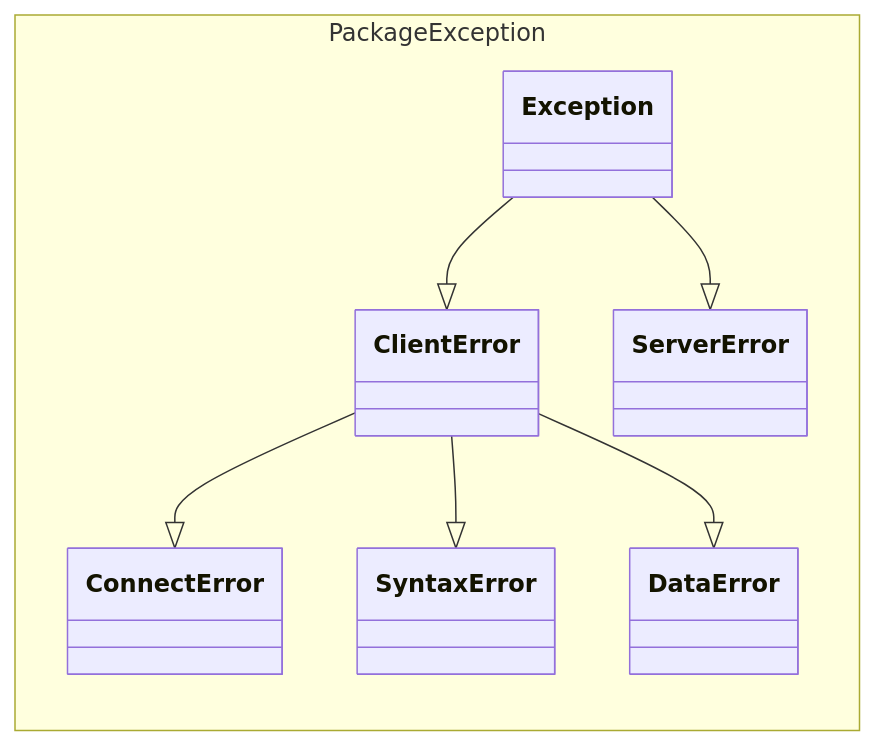
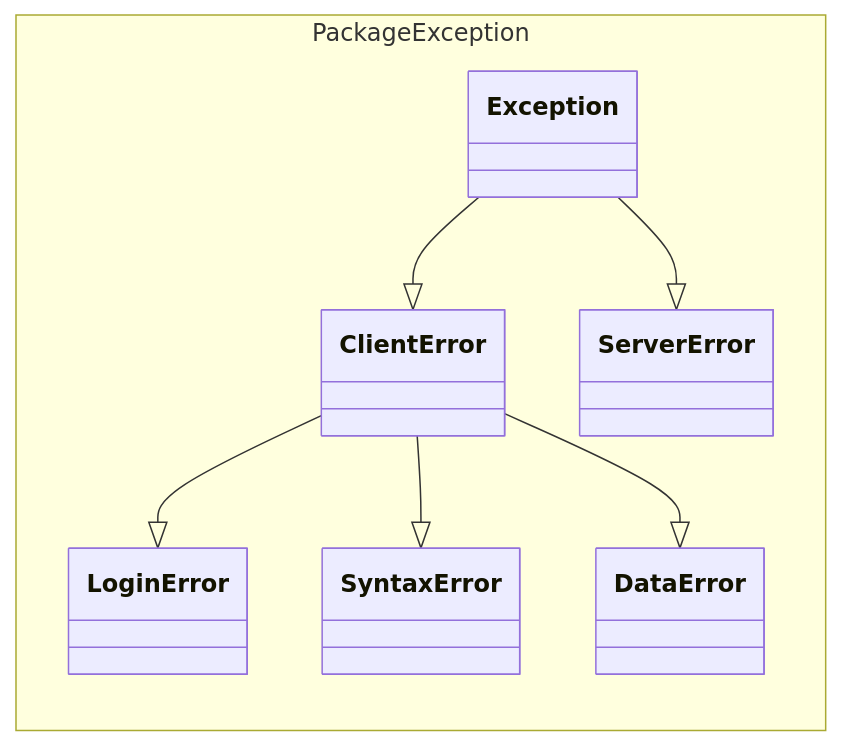
Before and after one commit to strakss3/cours-CERI: the fourth of 4 diagrams in L2/Java/Projet/todo.md, drawn with Mermaid. The commit also changed 118 other files, not shown here.

````diff
--- a/L2/Java/Projet/todo.md
+++ b/L2/Java/Projet/todo.md
@@ -140,30 +140,31 @@
 ```mermaid
 classDiagram
 direction RL
 
-ClientError --|> ConnectError
+ClientError --|> LoginError
 ClientError --|> SyntaxError
 ClientError --|> DataError
 Exception --|> ClientError
 Exception --|> ServerError
 
 namespace Package Exception {
     
     class Exception
     
     class ClientError
-    class ConnectError
+    class LoginError
     %% N'arrive pas a se connecter au serveur
     %% Nom de client existe déjà
     class SyntaxError
     %% Mauvaise syntaxe de commande (client)
     class DataError
     %% Creation d'objet avec un nom déjà existant
     %% Ajouter un fichier qui n'existe pas
     %% Supprimer un objet que l'on a pas créé
+    %% Cloner un DNOF
 
     class ServerError
     %% Faire un GET sur une personne qui n'existe pas
     %% Faire un GET sur un code qui n'existe pas
 }
 ```
````
